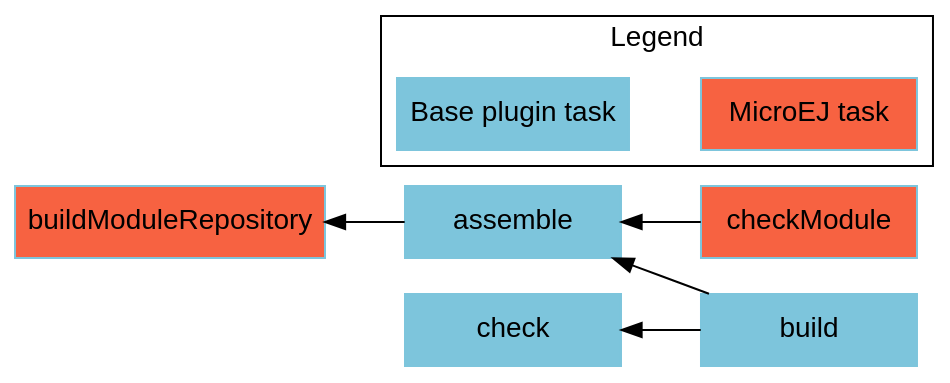
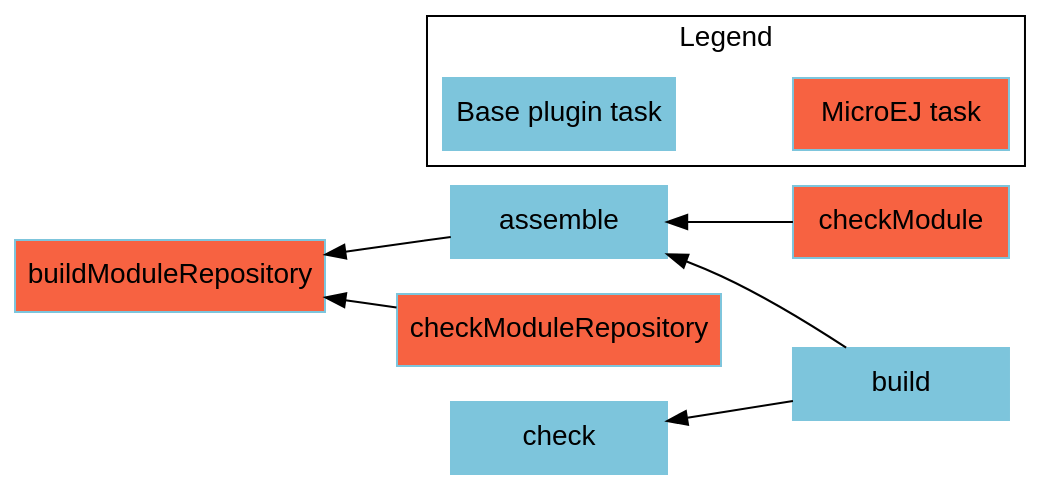
Before and after one commit to MicroEJ/docs: the diagram in SDK6UserGuide/graphModuleRepositoryModule.dot, drawn with Graphviz. The commit also changed 2 other files, not shown here.

Commit message:
document Module Repository's consistency check

```diff
--- a/SDK6UserGuide/graphModuleRepositoryModule.dot
+++ b/SDK6UserGuide/graphModuleRepositoryModule.dot
@@ -1,27 +1,29 @@
 digraph mygraph {
     rankdir="RL";
     bgcolor="transparent"
     fontname="Helvetica,Arial,sans-serif"
     node [
         shape = box
         width = 1.5
         color = "#7dc5dc"
         style = filled
         fontname="Helvetica,Arial,sans-serif"
     ]
     edge [fontname="Helvetica,Arial,sans-serif"]
     "checkModule" [fillcolor = "#f76241"]
     "buildModuleRepository" [fillcolor = "#f76241"]
+    "checkModuleRepository" [fillcolor = "#f76241"]
     "build" -> "check"
     "build" -> "assemble"
     "assemble" -> "buildModuleRepository"
+    "checkModuleRepository" -> "buildModuleRepository"
     "checkModule" -> "assemble"
 
     subgraph cluster_legend {
         label="Legend";
         microej [fillcolor="#f76241" label="MicroEJ task"];
         java [fillcolor="#7dc5dc" label="Base plugin task"];
         microej -> java [style=invis];
         java -> microej [style=invis];
     }
 }
```
